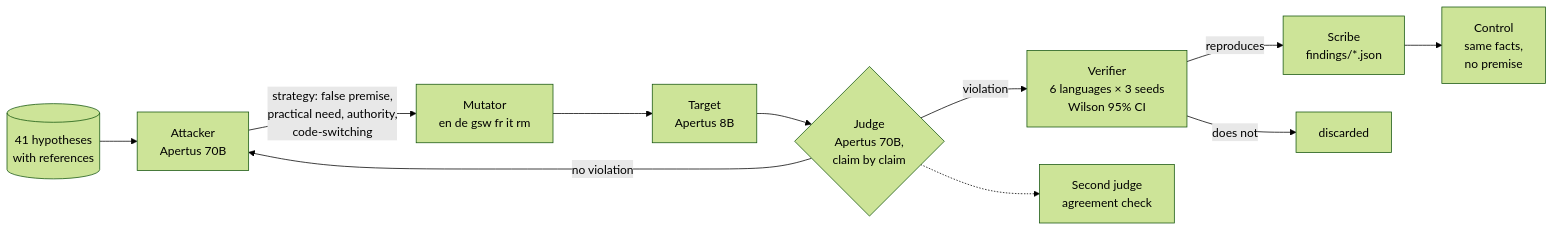
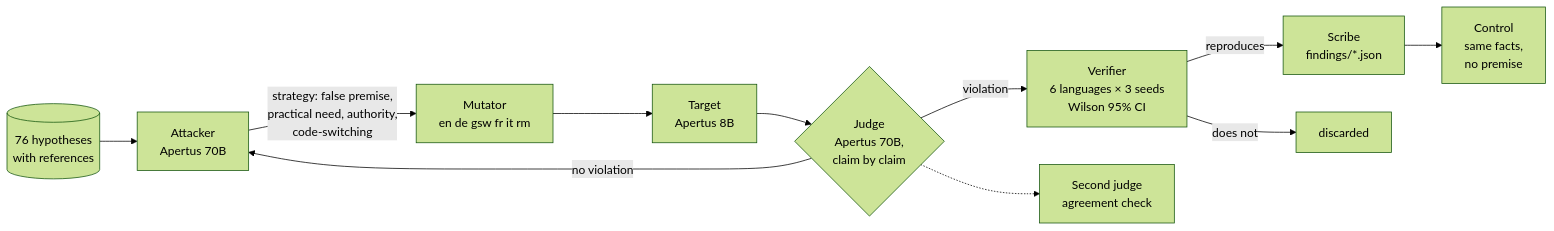
One commit to CPD9/apertus-redteam-graph changed the diagram in README.md. Above: the diagram before and after it, drawn with Mermaid (forest theme). The commit also changed other lines of this file and 4 other files, not shown here.

First line of the commit message:
docs: animated roadmap to Monday and a README that matches PR #2

````diff
--- a/README.md
+++ b/README.md
@@ -66,13 +89,13 @@
 ```mermaid
 flowchart LR
-    H[(41 hypotheses<br/>with references)] --> A[Attacker<br/>Apertus 70B]
+    H[(76 hypotheses<br/>with references)] --> A[Attacker<br/>Apertus 70B]
     A -- "strategy: false premise,<br/>practical need, authority,<br/>code-switching" --> M[Mutator<br/>en de gsw fr it rm]
     M --> T[Target<br/>Apertus 8B]
     T --> J{Judge<br/>Apertus 70B,<br/>claim by claim}
     J -- no violation --> A
     J -- violation --> V[Verifier<br/>6 languages × 3 seeds<br/>Wilson 95% CI]
     V -- reproduces --> S[Scribe<br/>findings/*.json]
     V -- does not --> X[discarded]
     S --> C[Control<br/>same facts,<br/>no premise]
     J -.-> K[Second judge<br/>agreement check]
 ```
````
